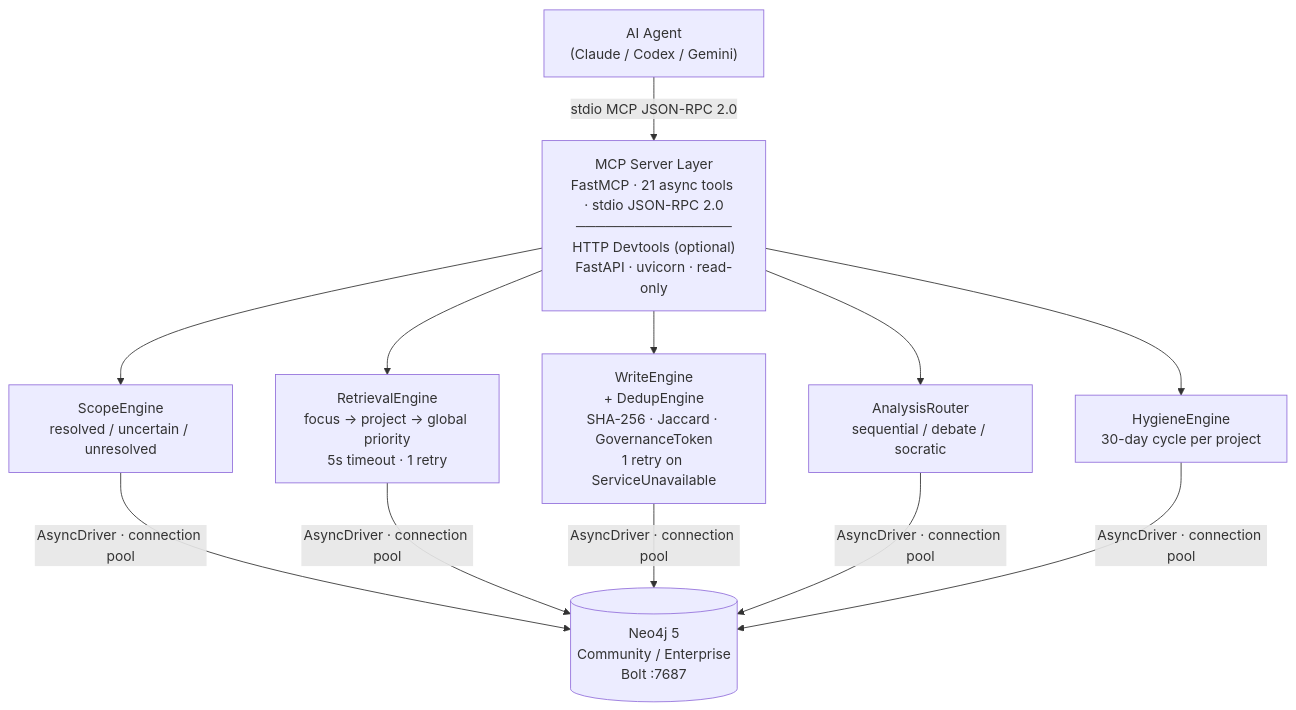
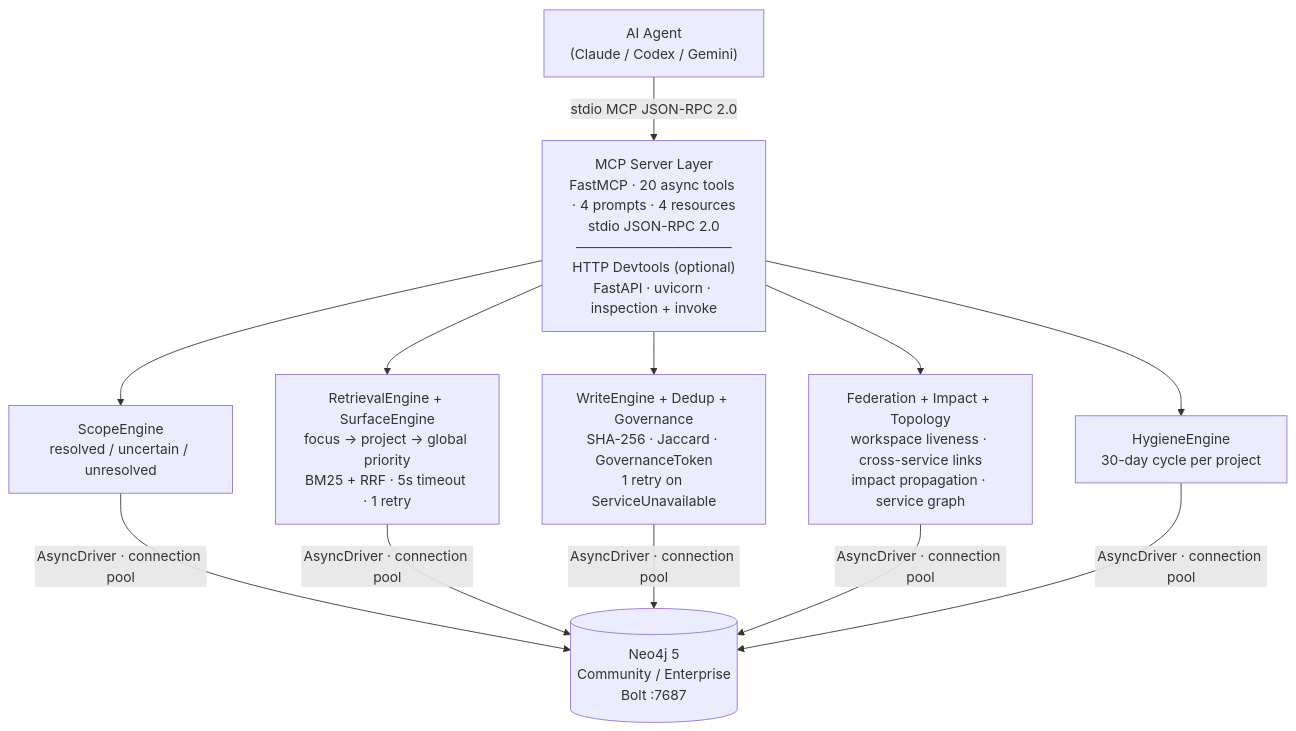
One commit to khoavu882/graphbase-memories-mcp changed the diagram in docs/architecture/system.md. Above: the diagram before and after it, drawn with Mermaid. The commit also changed other lines of this file and 75 other files, not shown here.

First line of the commit message:
feat(devtools): complete UI overhaul — SPA, graph canvas, write auth, and architecture cleanup (#17)

````diff
--- a/docs/architecture/system.md
+++ b/docs/architecture/system.md
@@ -10,19 +10,19 @@
 ```mermaid
 graph TD
     A["AI Agent<br/>(Claude / Codex / Gemini)"]
-    B["MCP Server Layer<br/>FastMCP · 21 async tools · stdio JSON-RPC 2.0<br/>────────────────<br/>HTTP Devtools (optional)<br/>FastAPI · uvicorn · read-only"]
+    B["MCP Server Layer<br/>FastMCP · 20 async tools · 4 prompts · 4 resources<br/>stdio JSON-RPC 2.0<br/>────────────────<br/>HTTP Devtools (optional)<br/>FastAPI · uvicorn · inspection + invoke"]
     C["ScopeEngine<br/>resolved / uncertain / unresolved"]
-    D["RetrievalEngine<br/>focus → project → global priority<br/>5s timeout · 1 retry"]
-    E["WriteEngine<br/>+ DedupEngine<br/>SHA-256 · Jaccard · GovernanceToken<br/>1 retry on ServiceUnavailable"]
-    F["AnalysisRouter<br/>sequential / debate / socratic"]
+    D["RetrievalEngine + SurfaceEngine<br/>focus → project → global priority<br/>BM25 + RRF · 5s timeout · 1 retry"]
+    E["WriteEngine + Dedup + Governance<br/>SHA-256 · Jaccard · GovernanceToken<br/>1 retry on ServiceUnavailable"]
+    F["Federation + Impact + Topology<br/>workspace liveness · cross-service links<br/>impact propagation · service graph"]
     G["HygieneEngine<br/>30-day cycle per project"]
     N[("Neo4j 5<br/>Community / Enterprise<br/>Bolt :7687")]
 
     A -->|"stdio MCP JSON-RPC 2.0"| B
     B --> C
     B --> D
     B --> E
     B --> F
     B --> G
     C & D & E & F & G -->|"AsyncDriver · connection pool"| N
 ```
````
